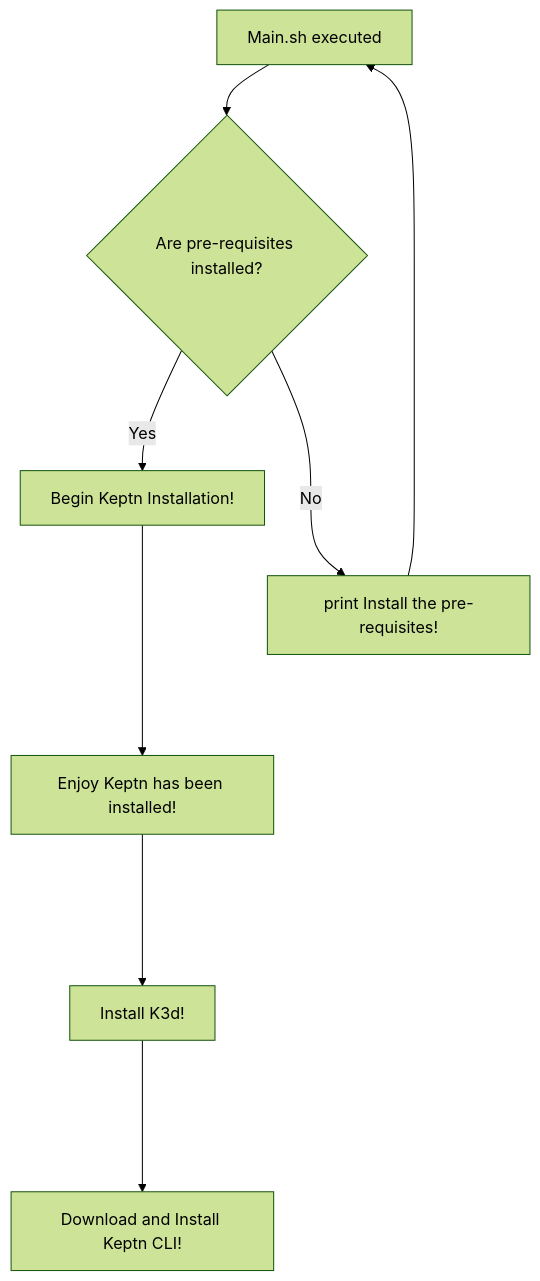
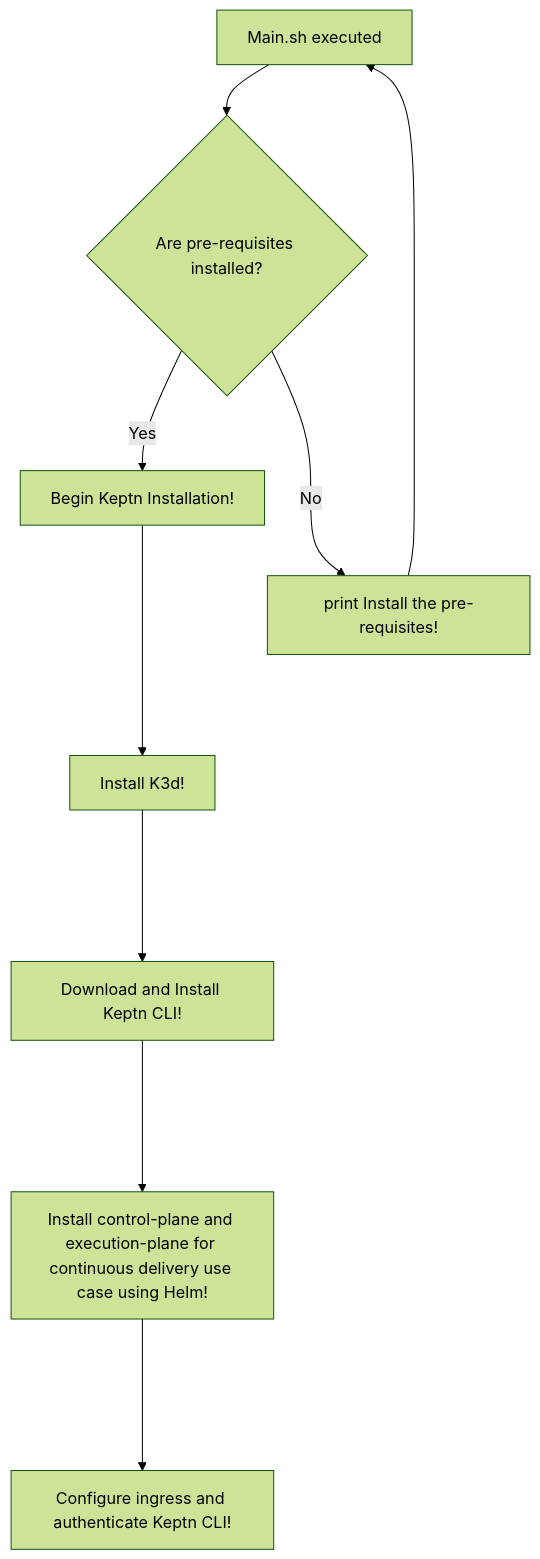
Before and after one commit to NashTech-Labs/Setup-Keptn-Using-Jenkins: the diagram in README.md, drawn with Mermaid (forest theme). The commit also changed other lines of this file, not shown here.

Commit message:
Updated Tech Hub with scripts and readme

````diff
--- a/README.md
+++ b/README.md
@@ -11,10 +11,11 @@
 ```mermaid
 flowchart TD
     A[Main.sh executed] --> B{Are pre-requisites installed?};
     B -- Yes --> C[Begin Keptn Installation!];
     B -- No --> D[print Install the pre-requisites!];
-    C ----> E[Enjoy Keptn has been installed!];
+    C ----> E[Install K3d!];
     D ----> A[Main.sh executed];
-    E ----> F[Install K3d!];
-    F ----> G[Download and Install Keptn CLI!];
+    E ----> F[Download and Install Keptn CLI!];
+    F ----> G[Install control-plane and execution-plane for continuous delivery use case using Helm!];
+    G ----> I[Configure ingress and authenticate Keptn CLI!];
 ```
````
